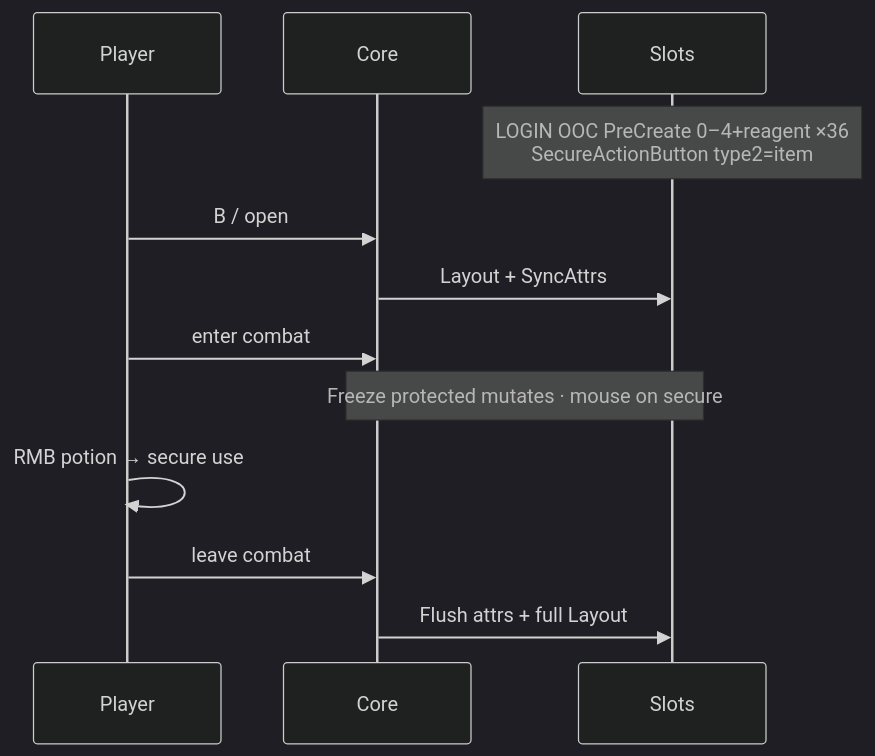
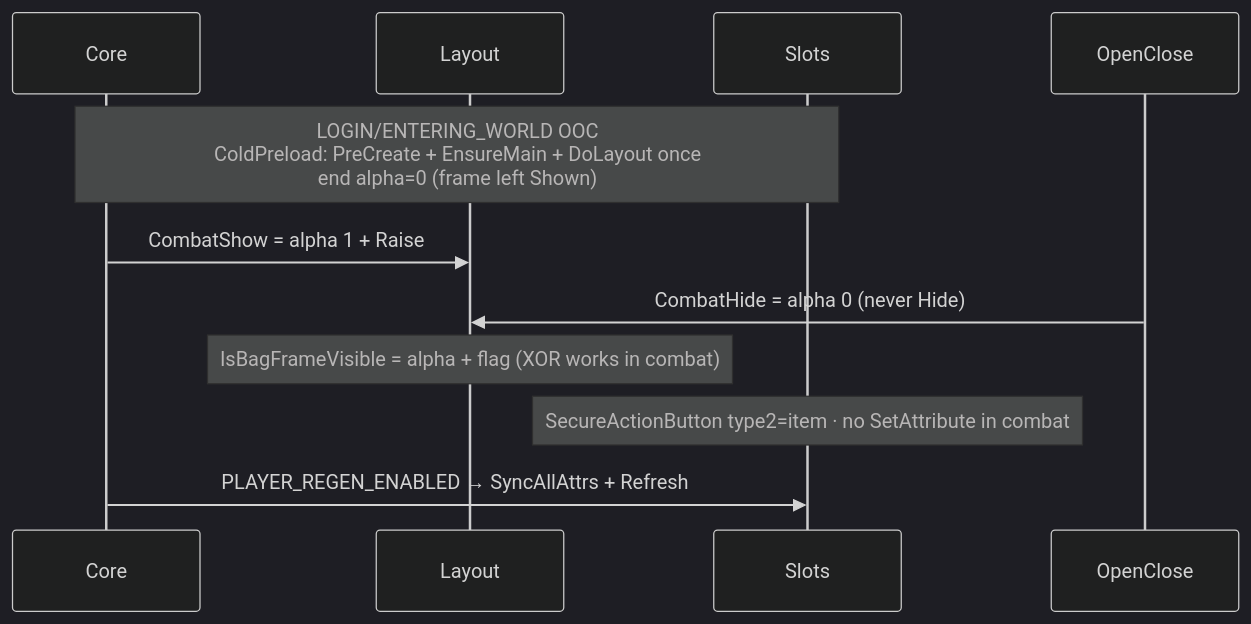
The third of 8 diagrams in addons/BetterBackpack/Docs/loops.md (sirTurbisCZ/wow-forever-addons), drawn with Mermaid (dark theme) before and after one commit. The commit also changed other lines of this file and 6 other files, not shown here.

First line of the commit message:
BetterBackpack 0.5.64: combat B via alpha hide + cold preload

````diff
--- a/addons/BetterBackpack/Docs/loops.md
+++ b/addons/BetterBackpack/Docs/loops.md
@@ -104,15 +104,14 @@
 ```mermaid
 sequenceDiagram
-  participant P as Player
   participant C as Core
+  participant L as Layout
   participant S as Slots
+  participant OC as OpenClose
 
-  Note over S: LOGIN OOC PreCreate 0–4+reagent ×36<br/>SecureActionButton type2=item
-  P->>C: B / open
-  C->>S: Layout + SyncAttrs
-  P->>C: enter combat
-  Note over C,S: Freeze protected mutates · mouse on secure
-  P->>P: RMB potion → secure use
-  P->>C: leave combat
-  C->>S: Flush attrs + full Layout
+  Note over C,S: LOGIN/ENTERING_WORLD OOC<br/>ColdPreload: PreCreate + EnsureMain + DoLayout once<br/>end alpha=0 (frame left Shown)
+  C->>L: CombatShow = alpha 1 + Raise
+  OC->>L: CombatHide = alpha 0 (never Hide)
+  Note over L: IsBagFrameVisible = alpha + flag (XOR works in combat)
+  Note over S: SecureActionButton type2=item · no SetAttribute in combat
+  C->>S: PLAYER_REGEN_ENABLED → SyncAllAttrs + Refresh
 ```
````
